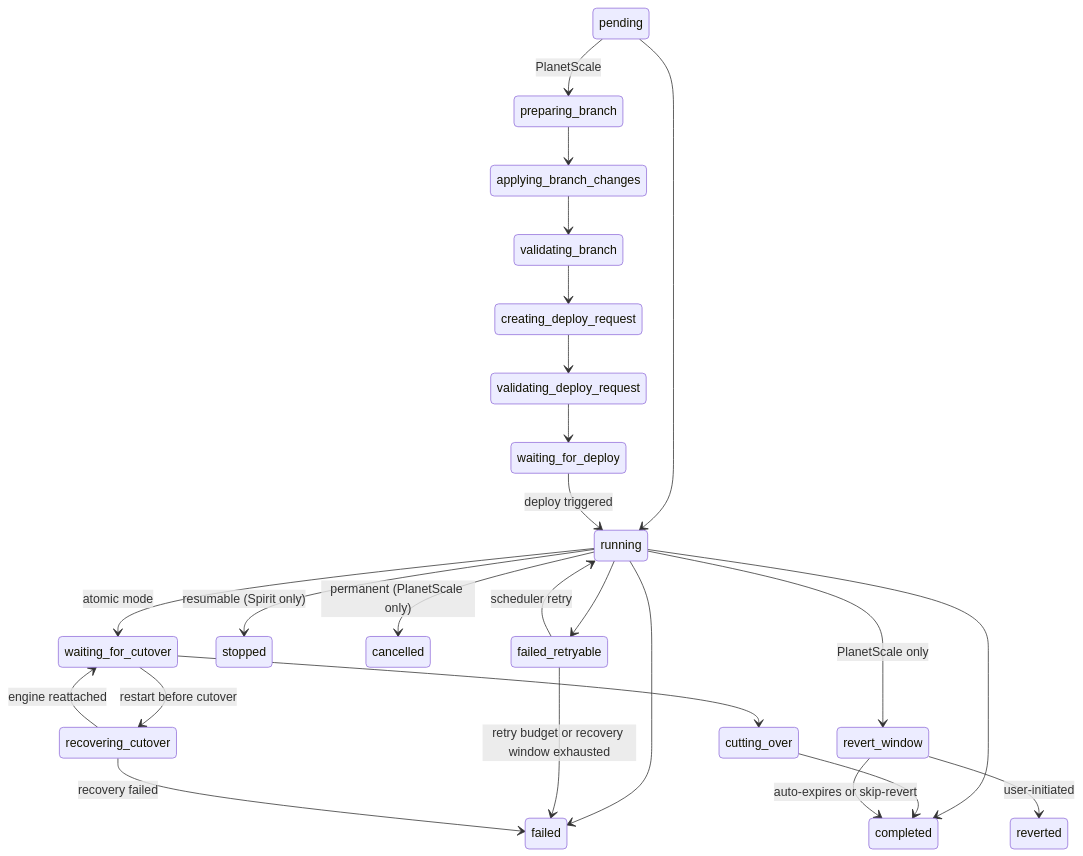
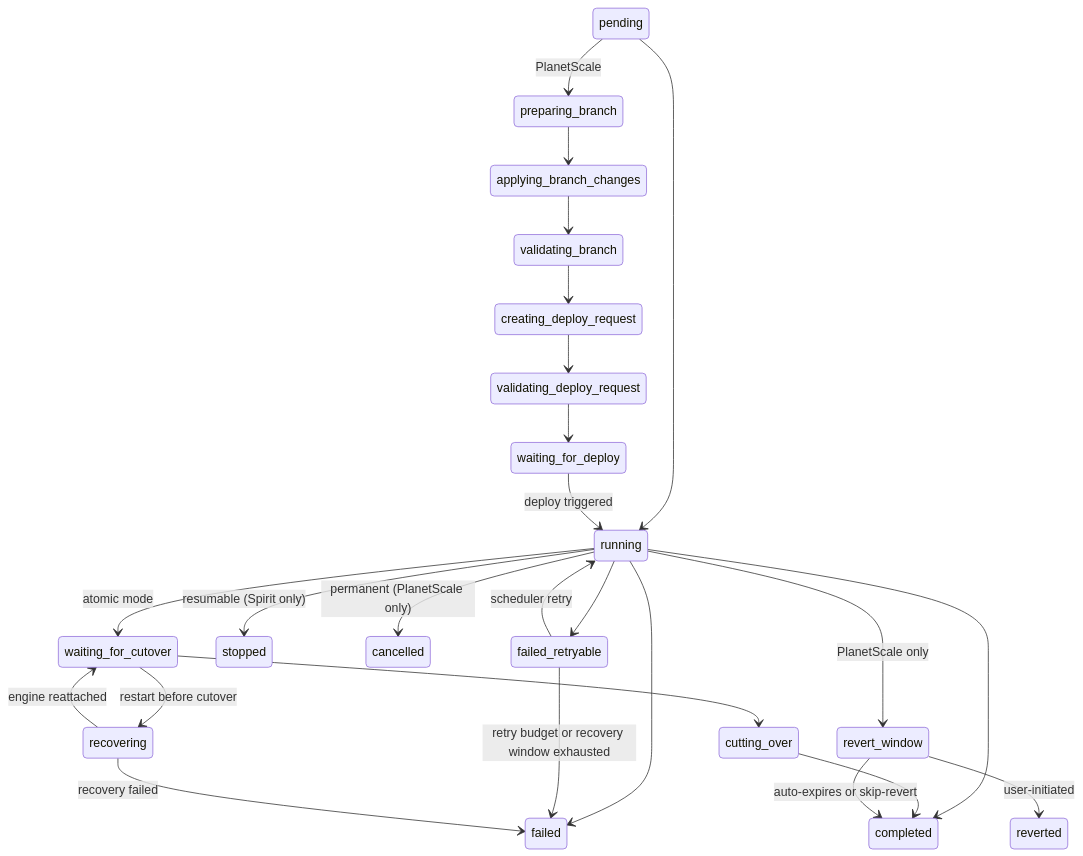
The first of 3 diagrams in pkg/state/README.md (block/schemabot), drawn with Mermaid before and after one commit. The commit also changed other lines of this file and 28 other files, not shown here.

````diff
--- a/pkg/state/README.md
+++ b/pkg/state/README.md
@@ -37,29 +37,29 @@
 ```mermaid
 stateDiagram-v2
     pending --> running
     pending --> preparing_branch : PlanetScale
     preparing_branch --> applying_branch_changes
     applying_branch_changes --> validating_branch
     validating_branch --> creating_deploy_request
     creating_deploy_request --> validating_deploy_request
     validating_deploy_request --> waiting_for_deploy
     waiting_for_deploy --> running : deploy triggered
     running --> completed
     running --> failed
     running --> failed_retryable
     running --> stopped : resumable (Spirit only)
     running --> cancelled : permanent (PlanetScale only)
     running --> waiting_for_cutover : atomic mode
     running --> revert_window : PlanetScale only
     failed_retryable --> running : scheduler retry
     failed_retryable --> failed : retry budget or recovery window exhausted
 
-    waiting_for_cutover --> recovering_cutover : restart before cutover
-    recovering_cutover --> waiting_for_cutover : engine reattached
-    recovering_cutover --> failed : recovery failed
+    waiting_for_cutover --> recovering : restart before cutover
+    recovering --> waiting_for_cutover : engine reattached
+    recovering --> failed : recovery failed
     waiting_for_cutover --> cutting_over
     cutting_over --> completed
 
     revert_window --> completed : auto-expires or skip-revert
     revert_window --> reverted : user-initiated
 ```
````
